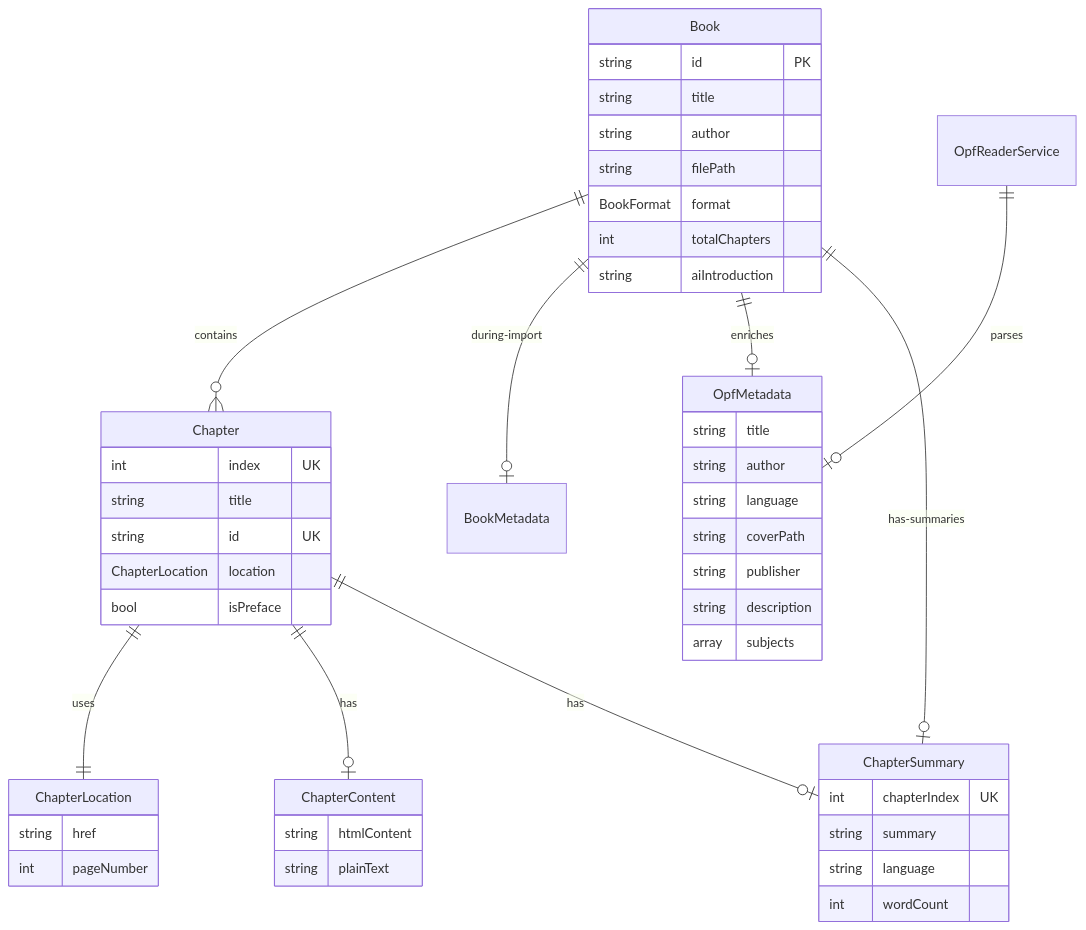
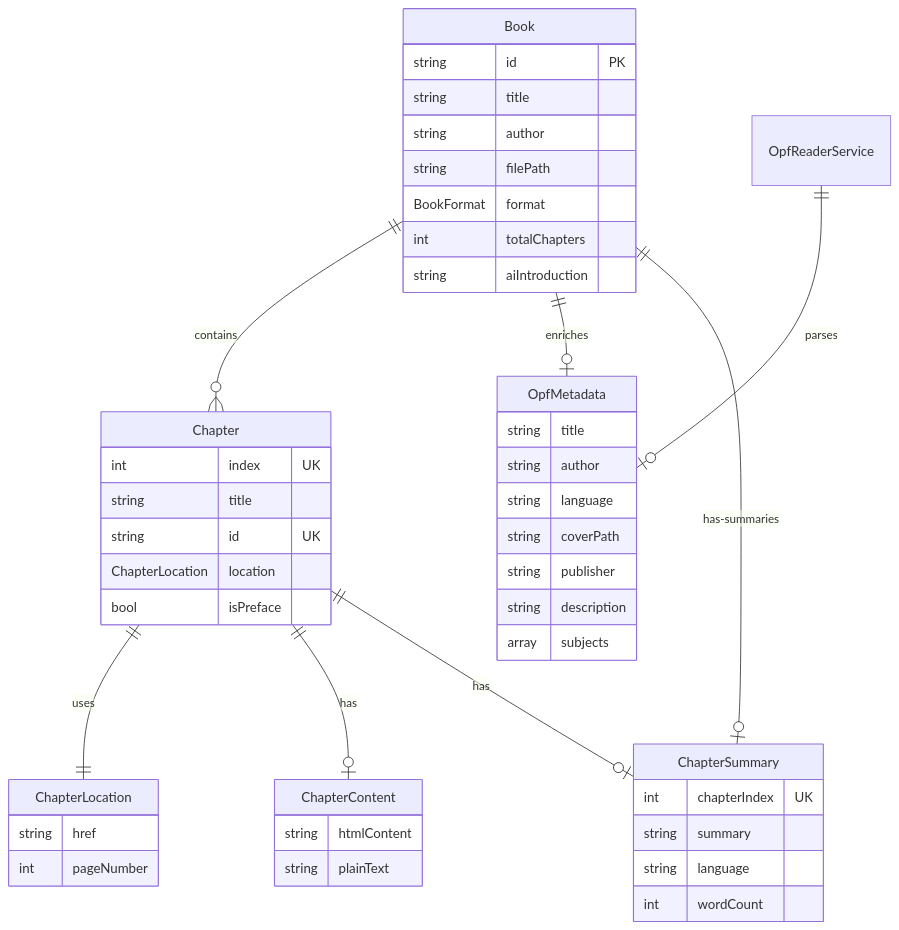
Diagram 11 of 11 in docs/function_call_relationships_visual.md (jjzhang2000/zhidu), drawn with Mermaid before and after one commit. The commit also changed other lines of this file and 21 other files, not shown here.

````diff
--- a/docs/function_call_relationships_visual.md
+++ b/docs/function_call_relationships_visual.md
@@ -529,56 +525,55 @@
 ```mermaid
 erDiagram
     Book ||--o{ Chapter : contains
-    Book ||--o| BookMetadata : during-import
     Book ||--o| OpfMetadata : enriches
     Book ||--o| ChapterSummary : has-summaries
     Chapter ||--|| ChapterLocation : uses
     Chapter ||--o| ChapterContent : has
     Chapter ||--o| ChapterSummary : has
     OpfReaderService ||--o| OpfMetadata : parses
 
     Book {
         string id PK
         string title
         string author
         string filePath
         BookFormat format
         int totalChapters
         string aiIntroduction
     }
 
     Chapter {
         int index UK
         string title
         string id UK
         ChapterLocation location
         bool isPreface
     }
 
     ChapterSummary {
         int chapterIndex UK
         string summary
         string language
         int wordCount
     }
 
     ChapterContent {
         string htmlContent
         string plainText
     }
 
     ChapterLocation {
         string href
         int pageNumber
     }
 
     OpfMetadata {
         string title
         string author
         string language
         string coverPath
         string publisher
         string description
         array subjects
     }
 ```
````
